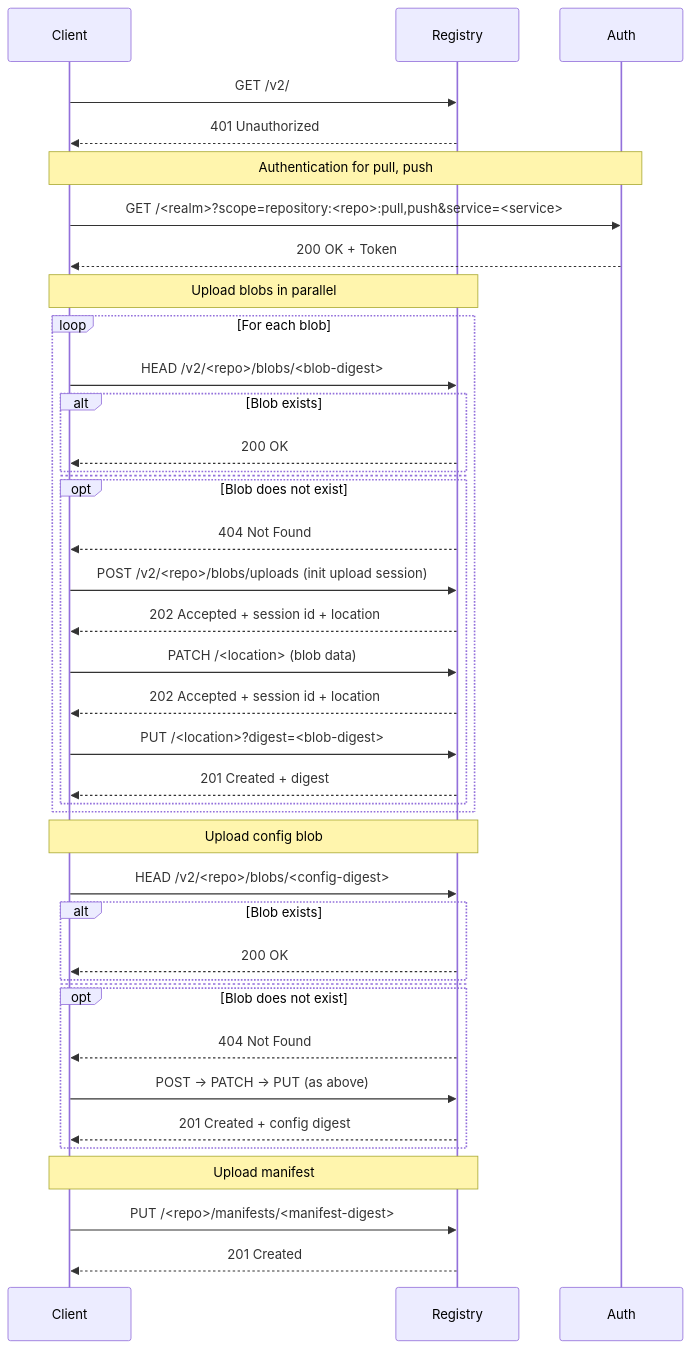
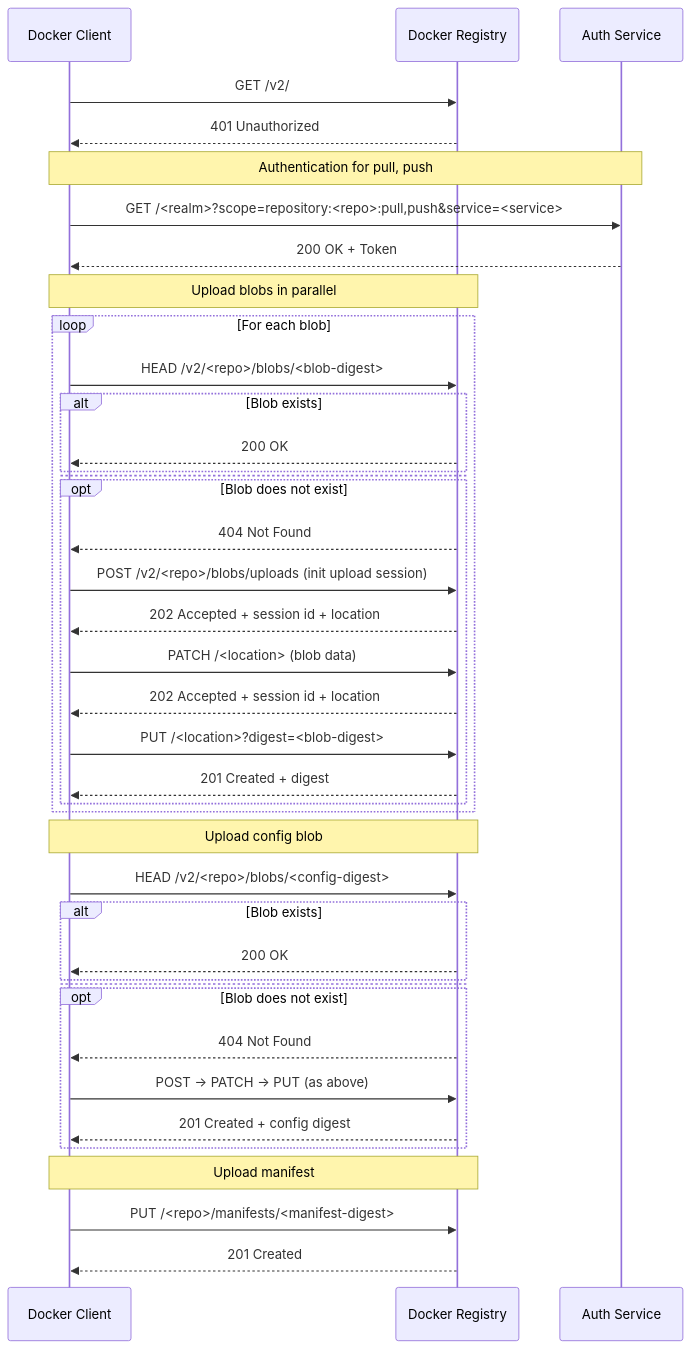
Before and after one commit to cmdjulian/kirc: the diagram in docs/upload-graph.md, drawn with Mermaid. The commit also changed 1 other file, not shown here.

````diff
--- a/docs/upload-graph.md
+++ b/docs/upload-graph.md
@@ -5,43 +5,43 @@
 ```mermaid
 sequenceDiagram
-    participant Client
-    participant Registry
-    participant Auth
+    participant Client as Docker Client
+    participant Registry as Docker Registry
+    participant Auth as Auth Service
     Client ->> Registry: GET /v2/
     Registry -->> Client: 401 Unauthorized
     Note over Client, Auth: Authentication for pull, push
     Client ->> Auth: GET /<realm>?scope=repository:<repo>:pull,push&service=<service>
     Auth -->> Client: 200 OK + Token
     Note over Client, Registry: Upload blobs in parallel
     loop For each blob
         Client ->> Registry: HEAD /v2/<repo>/blobs/<blob-digest>
         alt Blob exists
             Registry -->> Client: 200 OK
         else
         end
         opt Blob does not exist
             Registry -->> Client: 404 Not Found
             Client ->> Registry: POST /v2/<repo>/blobs/uploads (init upload session)
             Registry -->> Client: 202 Accepted + session id + location
             Client ->> Registry: PATCH /<location> (blob data)
             Registry -->> Client: 202 Accepted + session id + location
             Client ->> Registry: PUT /<location>?digest=<blob-digest>
             Registry -->> Client: 201 Created + digest
         end
     end
     Note over Client, Registry: Upload config blob
     Client ->> Registry: HEAD /v2/<repo>/blobs/<config-digest>
     alt Blob exists
         Registry -->> Client: 200 OK
     else
     end
     opt Blob does not exist
         Registry -->> Client: 404 Not Found
         Client ->> Registry: POST → PATCH → PUT (as above)
         Registry -->> Client: 201 Created + config digest
     end
     Note over Client, Registry: Upload manifest
     Client ->> Registry: PUT /<repo>/manifests/<manifest-digest>
     Registry -->> Client: 201 Created
 
 ```
````
